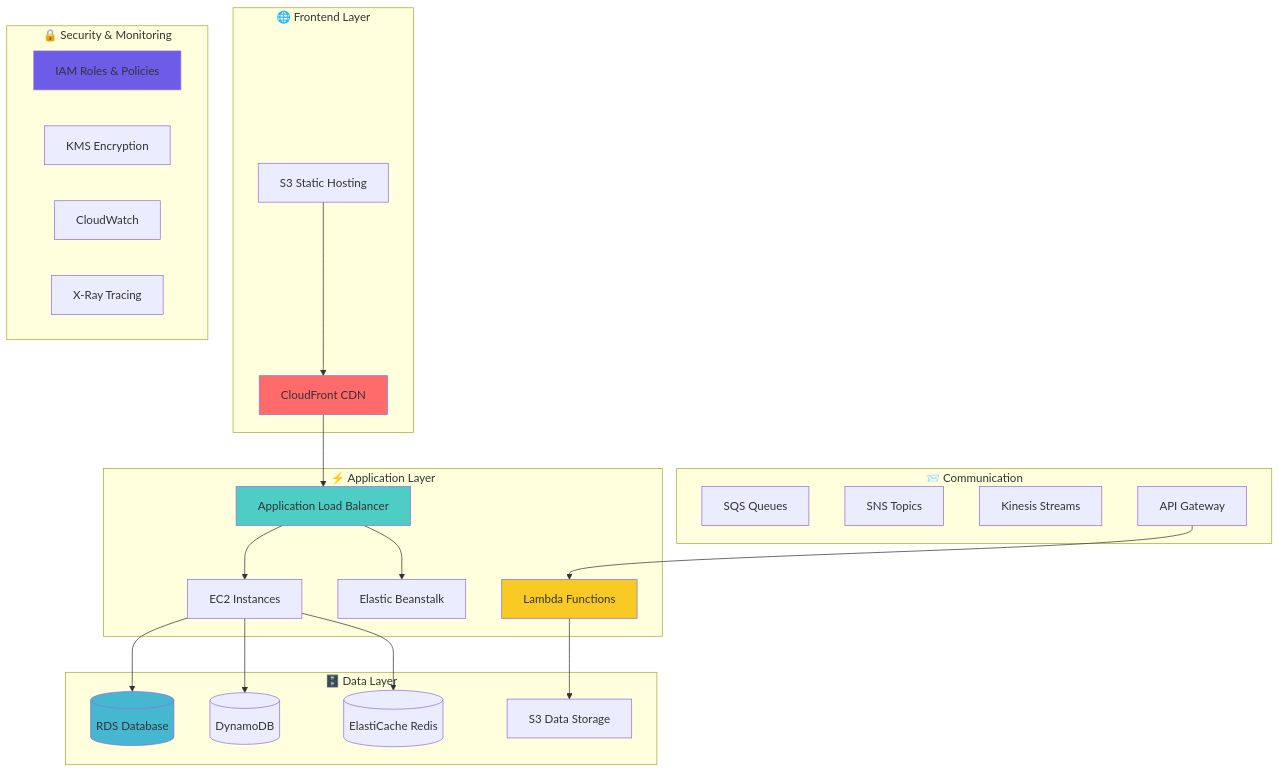
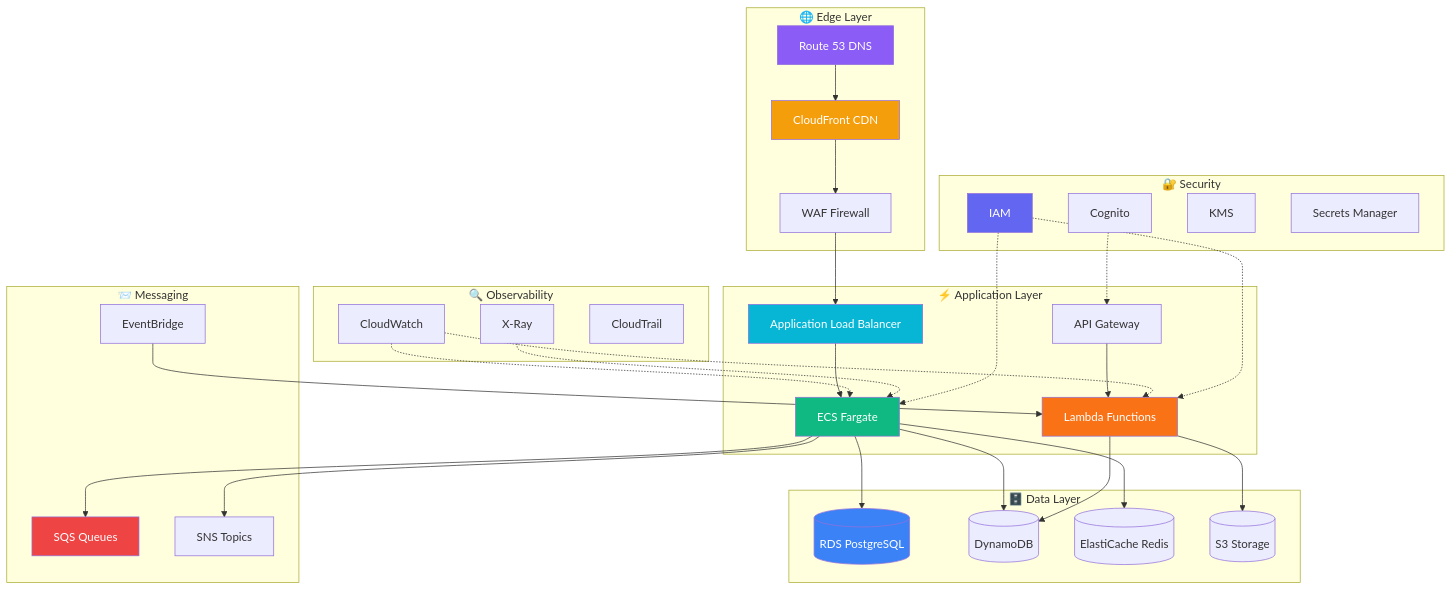
Before and after one commit to firdavs244/firdavs244: the first of 3 diagrams in README.md, drawn with Mermaid. The commit also changed other lines of this file, not shown here.

````diff
--- a/README.md
+++ b/README.md
@@ -193,51 +220,62 @@
 ```mermaid
-graph TD
-    subgraph "🌐 Frontend Layer"
+graph TB
+    subgraph "🌐 Edge Layer"
+        R53[Route 53 DNS]
         CF[CloudFront CDN]
-        S3[S3 Static Hosting]
+        WAF[WAF Firewall]
     end
-    
+
     subgraph "⚡ Application Layer"
+        APIGW[API Gateway]
         ALB[Application Load Balancer]
-        EC2[EC2 Instances]
-        EBS[Elastic Beanstalk]
+        ECS[ECS Fargate]
         LAMBDA[Lambda Functions]
     end
-    
-    subgraph "🗄️ Data Layer" 
-        RDS[(RDS Database)]
+
+    subgraph "🗄️ Data Layer"
+        RDS[(RDS PostgreSQL)]
         DYNAMO[(DynamoDB)]
-        REDIS[(ElastiCache Redis)]
-        S3DATA[S3 Data Storage]
+        ELASTIC[(ElastiCache Redis)]
+        S3[(S3 Storage)]
     end
-    
-    subgraph "🔒 Security & Monitoring"
-        IAM[IAM Roles & Policies]
-        KMS[KMS Encryption]
+
+    subgraph "📨 Messaging"
+        SQS[SQS Queues]
+        SNS[SNS Topics]
+        EB[EventBridge]
+    end
+
+    subgraph "🔍 Observability"
         CW[CloudWatch]
-        XRAY[X-Ray Tracing]
+        XRAY[X-Ray]
+        CT[CloudTrail]
     end
-    
-    subgraph "📨 Communication"
-        SQS[SQS Queues]
-        SNS[SNS Topics] 
-        KINESIS[Kinesis Streams]
-        APIGW[API Gateway]
+
+    subgraph "🔐 Security"
+        IAM[IAM]
+        COG[Cognito]
+        KMS[KMS]
+        SM[Secrets Manager]
     end
-    
-    CF --> ALB
-    S3 --> CF
-    ALB --> EC2
-    ALB --> EBS
+
+    R53 --> CF --> WAF --> ALB
     APIGW --> LAMBDA
-    EC2 --> RDS
-    EC2 --> DYNAMO
-    EC2 --> REDIS
-    LAMBDA --> S3DATA
-    
-    style CF fill:#ff6b6b
-    style ALB fill:#4ecdc4  
-    style RDS fill:#45b7d1
-    style LAMBDA fill:#f9ca24
-    style IAM fill:#6c5ce7
+    ALB --> ECS
+    ECS --> RDS & DYNAMO & ELASTIC
+    ECS --> SQS & SNS
+    LAMBDA --> S3 & DYNAMO
+    EB --> LAMBDA
+    CW -.-> ECS & LAMBDA
+    XRAY -.-> ECS
+    IAM -.-> ECS & LAMBDA
+    COG -.-> APIGW
+
+    style R53 fill:#8b5cf6,color:#fff
+    style CF fill:#f59e0b,color:#fff
+    style ALB fill:#06b6d4,color:#fff
+    style ECS fill:#10b981,color:#fff
+    style RDS fill:#3b82f6,color:#fff
+    style LAMBDA fill:#f97316,color:#fff
+    style SQS fill:#ef4444,color:#fff
+    style IAM fill:#6366f1,color:#fff
 ```
````
